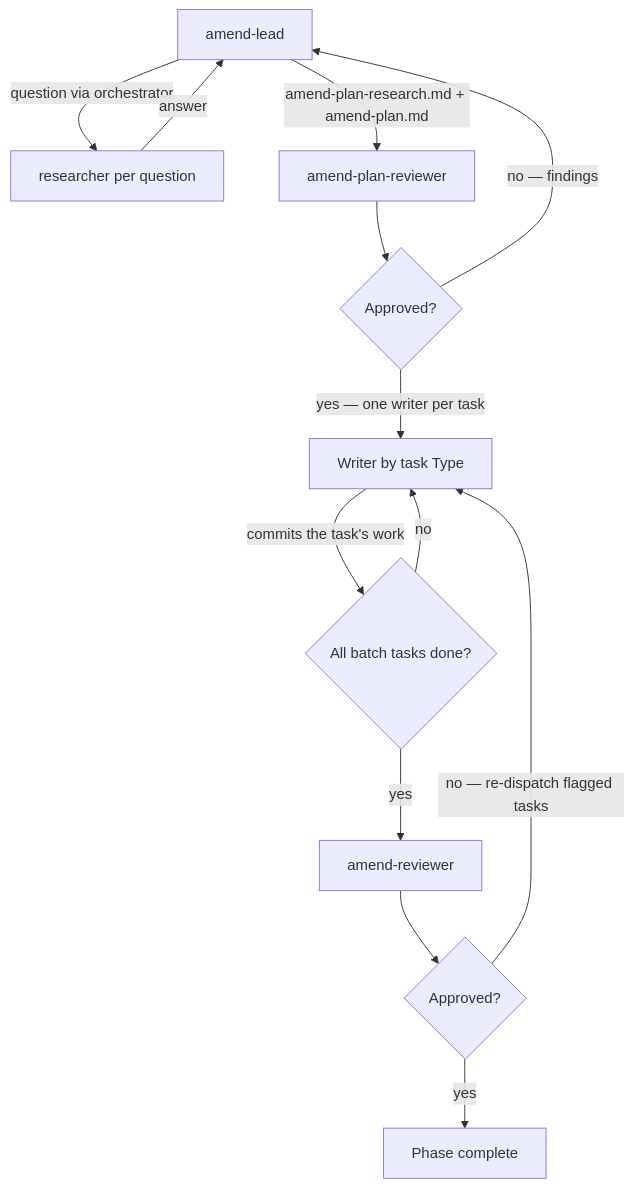
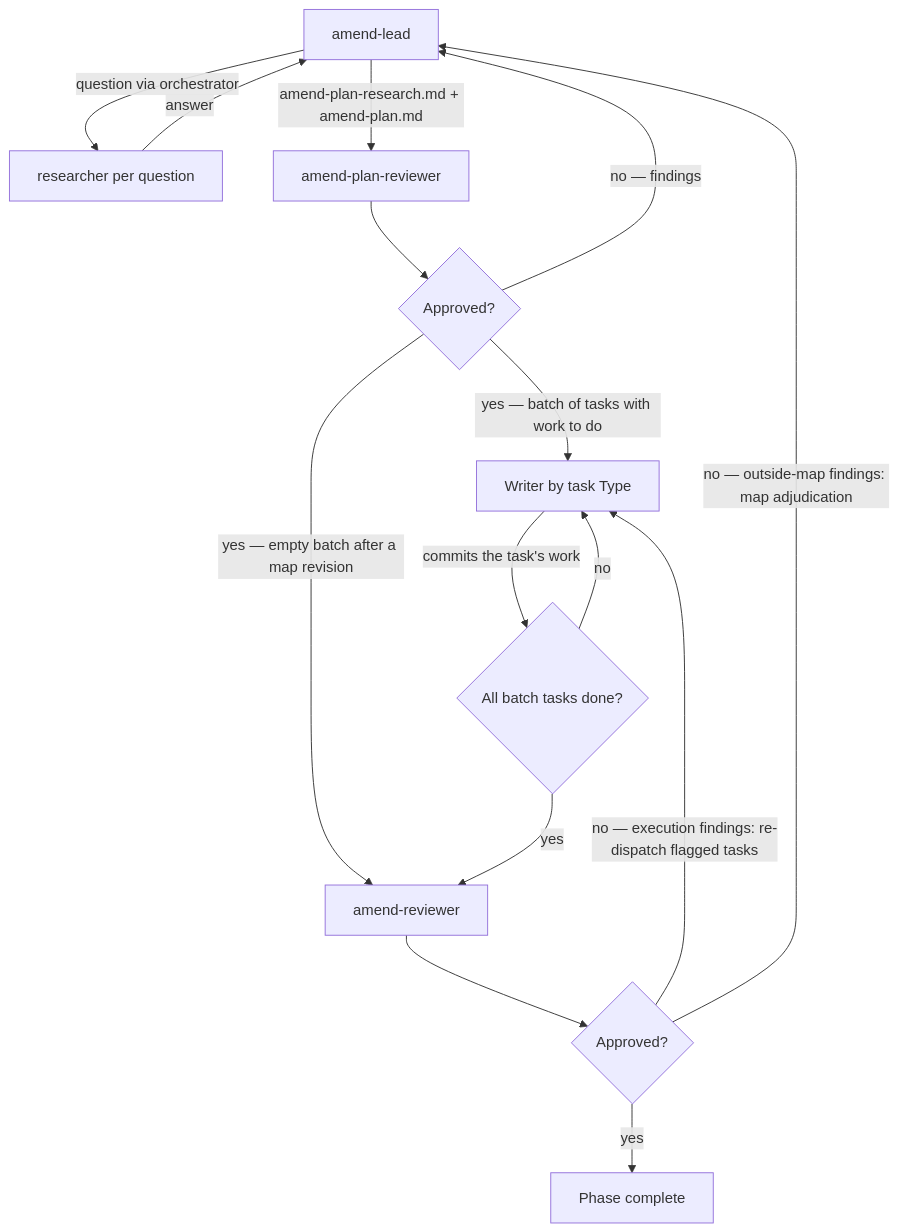
The diagram in skills/radical-pipelines/reference/autonomous-phases/1 - amend.md (Automattic/radical-pipelines), drawn with Mermaid before and after one commit. The commit also changed other lines of this file and 5 other files, not shown here.

Commit message:
Address PR review round 5: map-adjudication mode, plan re-review loop, batch recompute, ejected-only gating, diagram (assisted)

````diff
--- a/skills/radical-pipelines/reference/autonomous-phases/1 - amend.md
+++ b/skills/radical-pipelines/reference/autonomous-phases/1 - amend.md
@@ -53,15 +53,17 @@
 ```mermaid
 flowchart TD
     A[amend-lead] -->|question via orchestrator| B[researcher per question]
     B -->|answer| A
     A -->|amend-plan-research.md + amend-plan.md| C[amend-plan-reviewer]
     C --> D{Approved?}
     D -->|no — findings| A
-    D -->|yes — one writer per task| E[Writer by task Type]
+    D -->|yes — batch of tasks with work to do| E[Writer by task Type]
+    D -->|yes — empty batch after a map revision| G
     E -->|commits the task's work| F{All batch tasks done?}
     F -->|no| E
     F -->|yes| G[amend-reviewer]
     G --> H{Approved?}
-    H -->|no — re-dispatch flagged tasks| E
+    H -->|no — execution findings: re-dispatch flagged tasks| E
+    H -->|no — outside-map findings: map adjudication| A
     H -->|yes| I[Phase complete]
 ```
````
